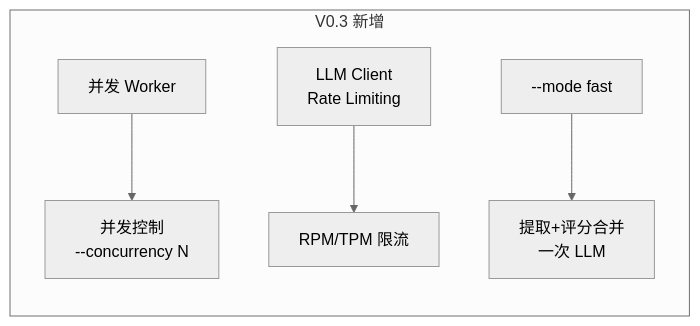
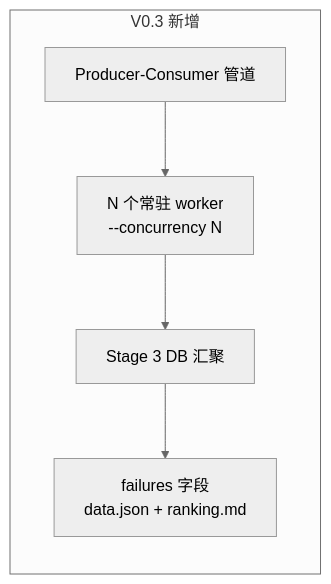
One commit to MT-SUPER-POWER/ResumeAgent changed the fourth of 6 diagrams in docs/roadmap.md. Above: the diagram before and after it, drawn with Mermaid (neutral theme). The commit also changed other lines of this file, not shown here.

Commit message:
docs: sync roadmap with V0.2 actual + V0.3 design

````diff
--- a/docs/roadmap.md
+++ b/docs/roadmap.md
@@ -112,8 +123,8 @@
 ```mermaid
 flowchart LR
   subgraph V03["V0.3 新增"]
-    A["并发 Worker"] --> B["并发控制<br/>--concurrency N"]
-    C["LLM Client<br/>Rate Limiting"] --> D["RPM/TPM 限流"]
-    E["--mode fast"] --> F["提取+评分合并<br/>一次 LLM"]
+    A["Producer-Consumer 管道"] --> B["N 个常驻 worker<br/>--concurrency N"]
+    B --> C["Stage 3 DB 汇聚"]
+    C --> D["failures 字段<br/>data.json + ranking.md"]
   end
 ```
````
